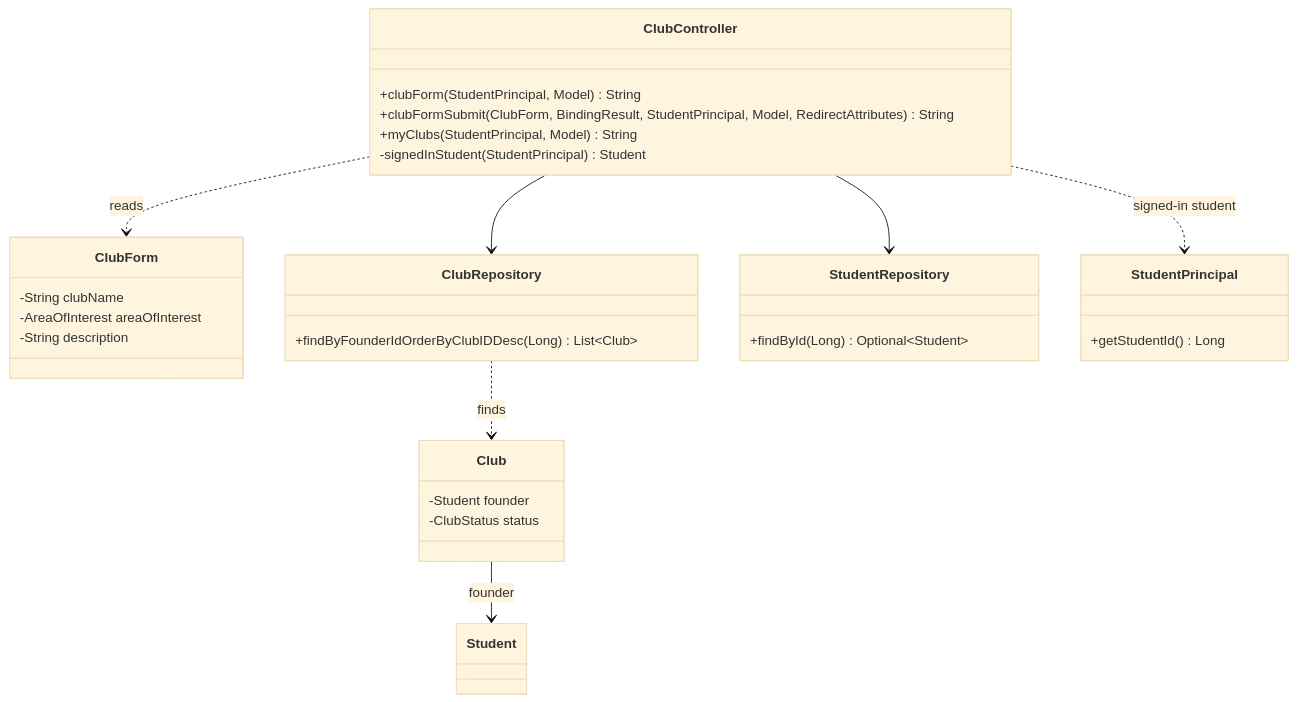
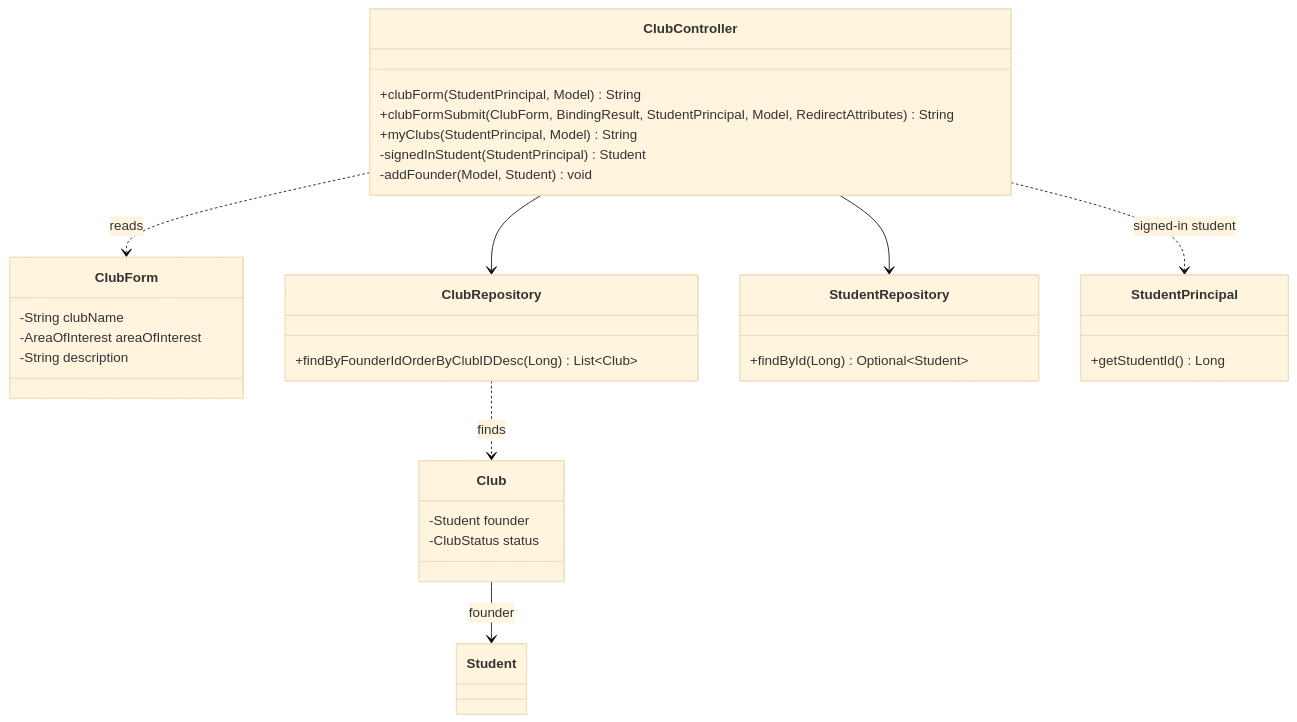
One commit to jordan-nguyen-vo-herbert/ClubHub changed the fourth of 4 diagrams in specs/features/club-registration/design.md. Above: the diagram before and after it, drawn with Mermaid (base theme). The commit also changed other lines of this file and 12 other files, not shown here.

````diff
--- a/specs/features/club-registration/design.md
+++ b/specs/features/club-registration/design.md
@@ -88,35 +88,36 @@
 ```mermaid
 classDiagram
     class ClubController {
         +clubForm(StudentPrincipal, Model) String
         +clubFormSubmit(ClubForm, BindingResult, StudentPrincipal, Model, RedirectAttributes) String
         +myClubs(StudentPrincipal, Model) String
         -signedInStudent(StudentPrincipal) Student
+        -addFounder(Model, Student) void
     }
     class ClubForm {
         -String clubName
         -AreaOfInterest areaOfInterest
         -String description
     }
     class ClubRepository {
         +findByFounderIdOrderByClubIDDesc(Long) List~Club~
     }
     class StudentRepository {
         +findById(Long) Optional~Student~
     }
     class StudentPrincipal {
         +getStudentId() Long
     }
     class Club {
         -Student founder
         -ClubStatus status
     }
     class Student
 
     ClubController ..> ClubForm : reads
     ClubController ..> StudentPrincipal : signed-in student
     ClubController --> StudentRepository
     ClubController --> ClubRepository
     ClubRepository ..> Club : finds
     Club --> Student : founder
 ```
````
